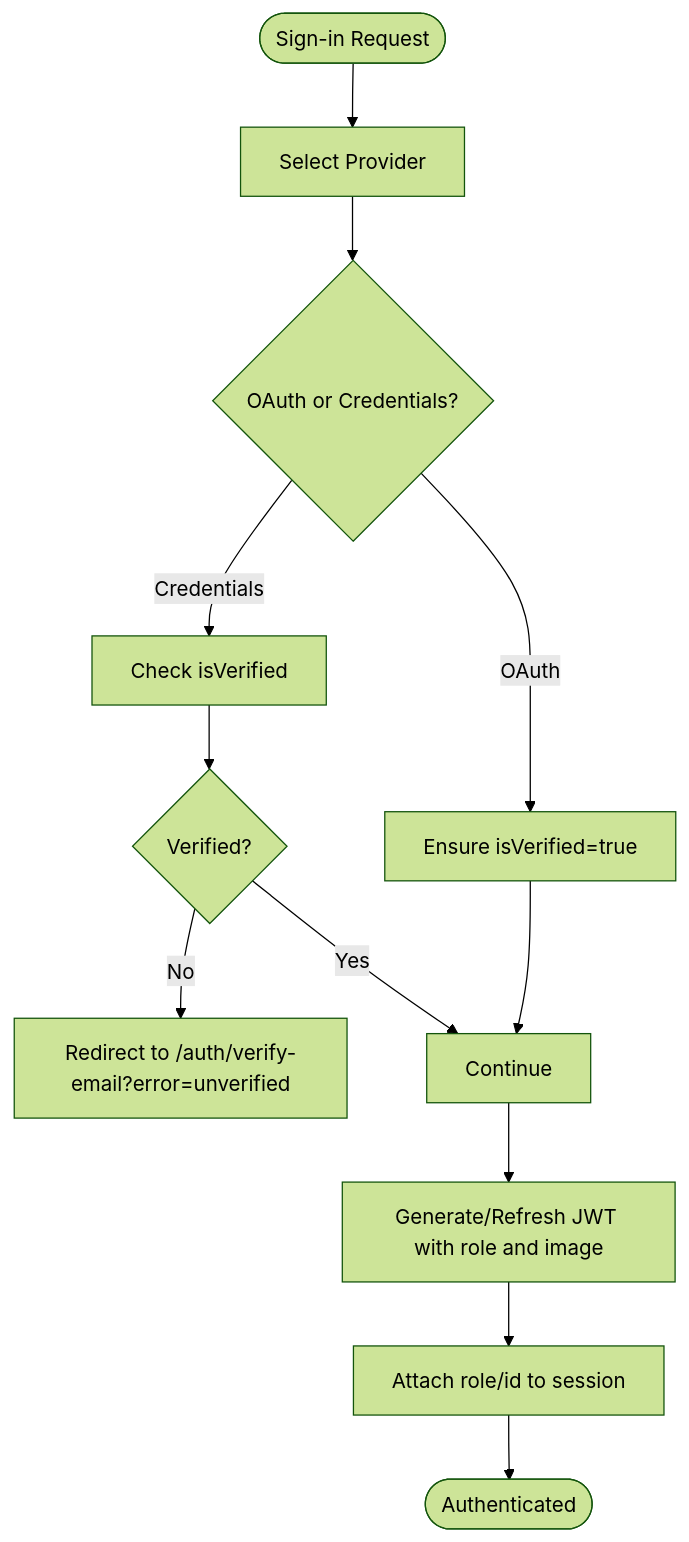
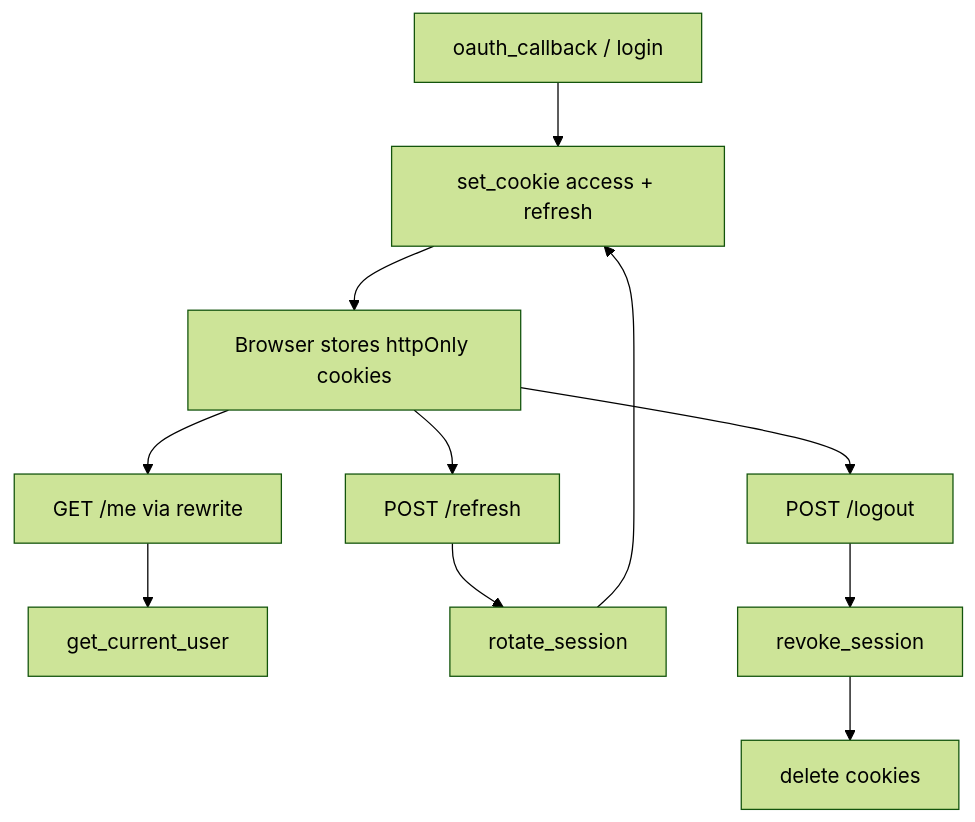
Before and after one commit to tashifkhan/tashif.codes: the third of 5 diagrams in src/data/docs/talentsync/Backend API Reference/Authentication API.md, drawn with Mermaid (forest theme). The commit also changed other lines of this file and 2128 other files, not shown here.

First line of the commit message:
docs: replace raster diagram images with native Mermaid across project guides

````diff
--- a/src/data/docs/talentsync/Backend API Reference/Authentication API.md
+++ b/src/data/docs/talentsync/Backend API Reference/Authentication API.md
@@ -93,14 +103,13 @@
 ```mermaid
 flowchart TD
-Start(["Sign-in Request"]) --> ProviderSel["Select Provider"]
-ProviderSel --> OAuth{"OAuth or Credentials?"}
-OAuth --> |Credentials| CheckVerified["Check isVerified"]
-CheckVerified --> Verified{"Verified?"}
-Verified --> |No| RedirectUnverified["Redirect to /auth/verify-email?error=unverified"]
-Verified --> |Yes| Continue
-OAuth --> |OAuth| AutoVerify["Ensure isVerified=true"]
-AutoVerify --> Continue
-Continue --> JWT["Generate/Refresh JWT with role and image"]
-JWT --> Session["Attach role/id to session"]
-Session --> Done(["Authenticated"])
+Login["oauth_callback / login"] --> Set["set_cookie access + refresh"]
+Set --> Browser["Browser stores httpOnly cookies"]
+Browser --> Me["GET /me via rewrite"]
+Me --> Current["get_current_user"]
+Browser --> Refresh["POST /refresh"]
+Refresh --> Rotate["rotate_session"]
+Rotate --> Set
+Browser --> Logout["POST /logout"]
+Logout --> Revoke["revoke_session"]
+Revoke --> Clear["delete cookies"]
 ```
````
